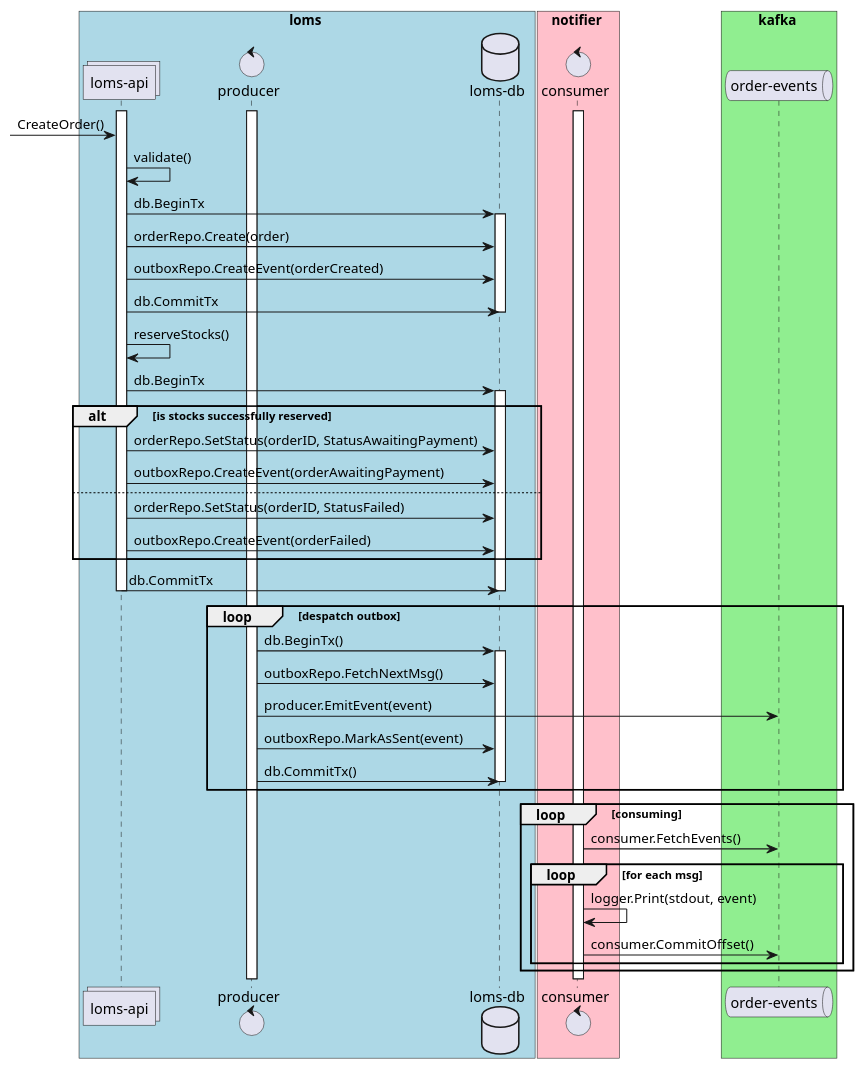
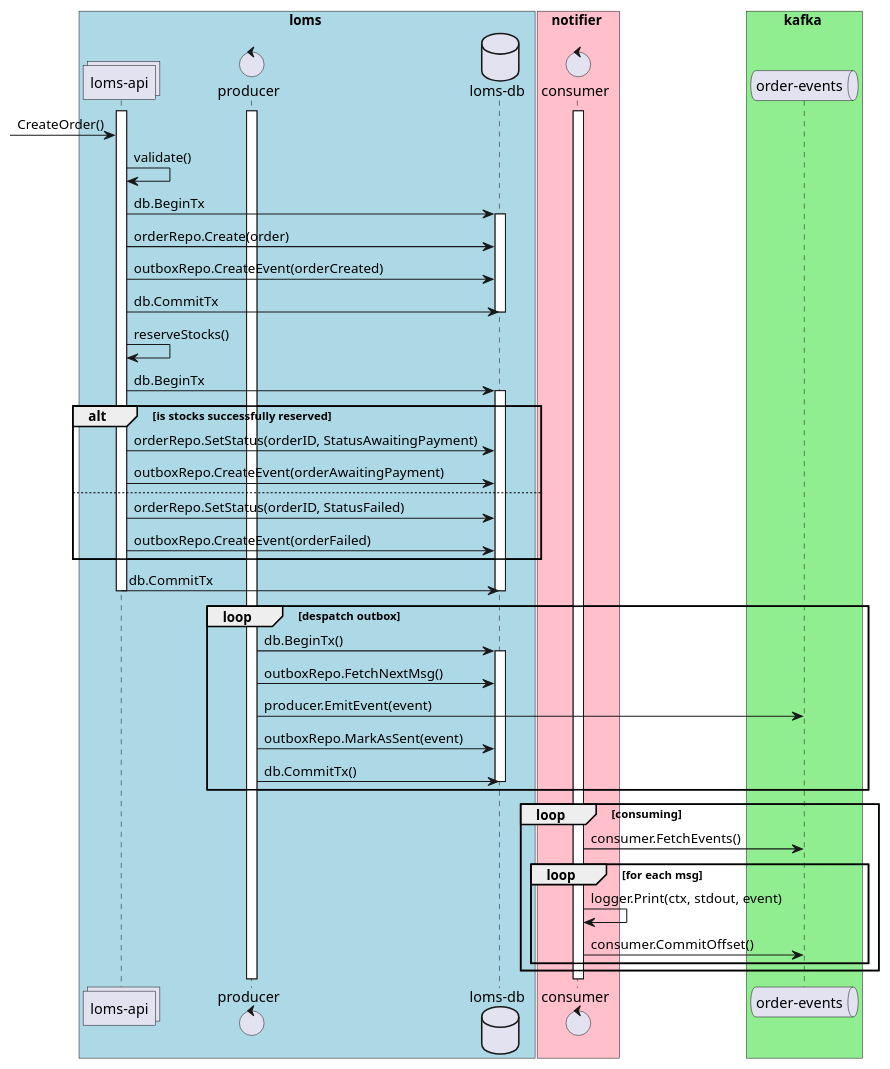
The diagram in docs/homework-6/img/advanced-loms-notifier.plantuml (ivangurin/ozon-route-256-homework-go), drawn with PlantUML before and after one commit. The commit also changed 59 other files, not shown here.

```diff
--- a/docs/homework-6/img/advanced-loms-notifier.plantuml
+++ b/docs/homework-6/img/advanced-loms-notifier.plantuml
@@ -1,58 +1,58 @@
 @startuml
 box loms #LightBlue
   collections "loms-api" as lapi
   control producer as p
   database "loms-db" as ldb
 endbox
 
 box notifier #Pink
   control consumer as c
 endbox
 
 box kafka #LightGreen
   queue "order-events" as que
 endbox
 
 activate c
 activate p
 activate lapi
 -> lapi : CreateOrder()
 lapi -> lapi : validate()
 lapi -> ldb : db.BeginTx
 activate ldb
 lapi -> ldb : orderRepo.Create(order)
 lapi -> ldb : outboxRepo.CreateEvent(orderCreated)
 lapi -> ldb : db.CommitTx
 deactivate ldb
 lapi -> lapi : reserveStocks()
 lapi -> ldb : db.BeginTx
 activate ldb
 alt is stocks successfully reserved
   lapi -> ldb : orderRepo.SetStatus(orderID, StatusAwaitingPayment)
   lapi -> ldb : outboxRepo.CreateEvent(orderAwaitingPayment)
 else
   lapi -> ldb : orderRepo.SetStatus(orderID, StatusFailed)
   lapi -> ldb : outboxRepo.CreateEvent(orderFailed)
 end
 lapi -> ldb : db.CommitTx
 deactivate ldb
 deactivate lapi
 
 loop despatch outbox
 p -> ldb : db.BeginTx()
 activate ldb
 p -> ldb : outboxRepo.FetchNextMsg()
 p -> que : producer.EmitEvent(event)
 p -> ldb : outboxRepo.MarkAsSent(event)
 p -> ldb : db.CommitTx()
 deactivate ldb
 end
 
 loop consuming
 c -> que : consumer.FetchEvents()
 loop for each msg
-  c -> c : logger.Print(stdout, event)
+  c -> c : logger.Print(ctx, stdout, event)
   c -> que : consumer.CommitOffset()
 end
 end
 @enduml
```
